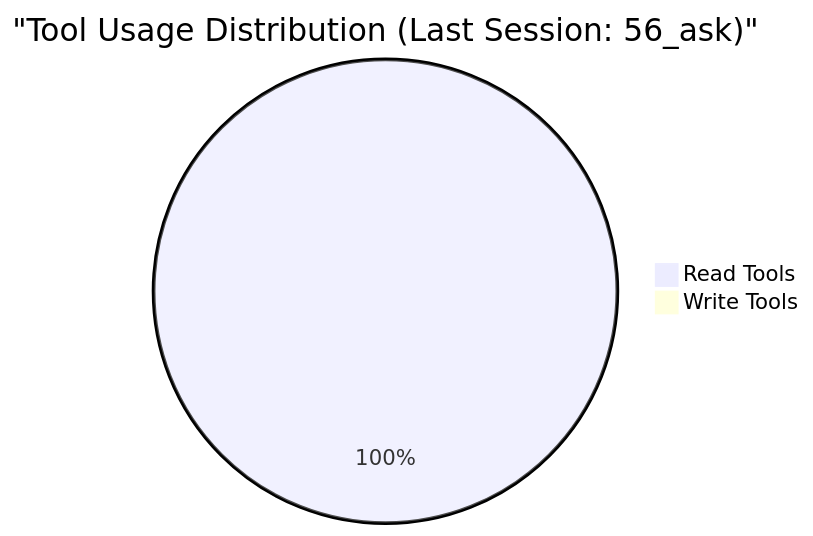
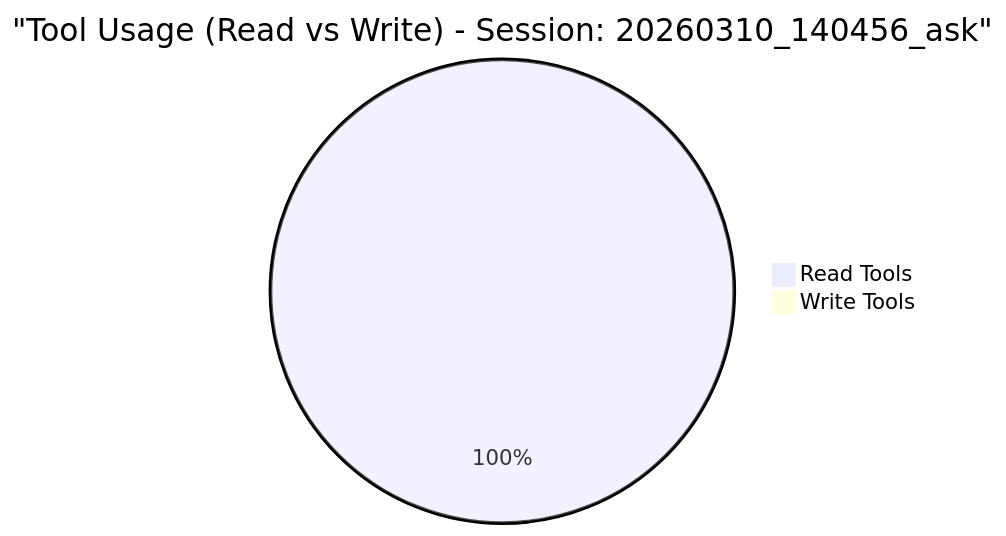
Before and after one commit to centervil/roocode-factory: the second of 3 diagrams in docs/dashboard.md, drawn with Mermaid. The commit also changed other lines of this file and 1 other file, not shown here.

Commit message:
fix(dashboard): fix mermaid syntax error and clarify x-axis labels

````diff
--- a/docs/dashboard.md
+++ b/docs/dashboard.md
@@ -17,5 +17,5 @@
 ```mermaid
-pie title "Tool Usage Distribution (Last Session: 56_ask)"
+pie title "Tool Usage (Read vs Write) - Session: 20260310_140456_ask"
     "Read Tools" : 2
     "Write Tools" : 0
 ```
````
